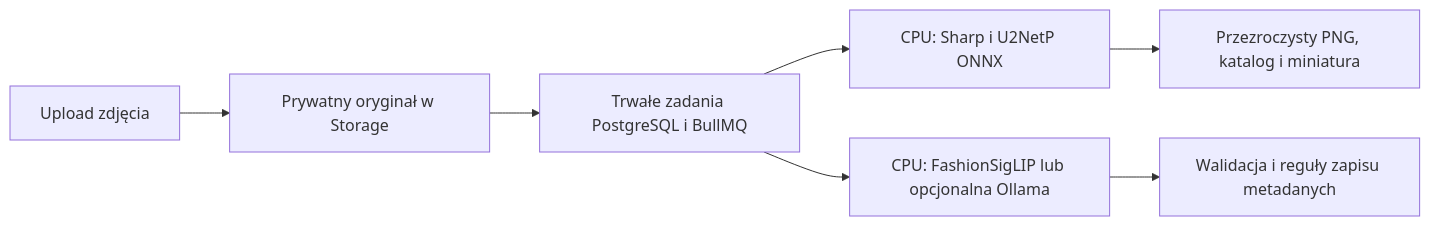
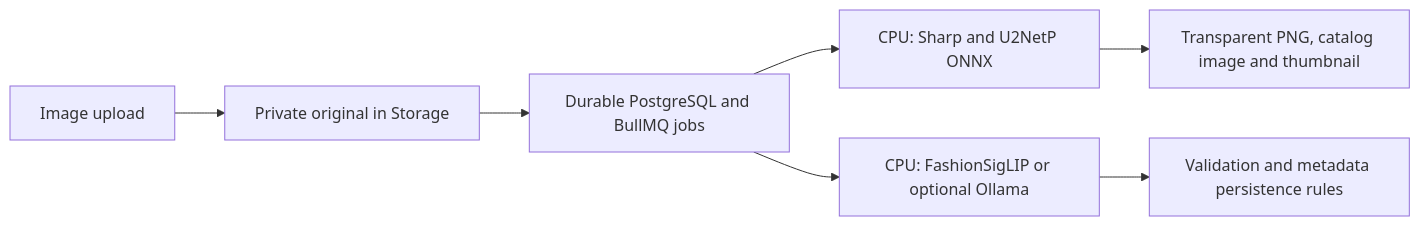
The first of 2 diagrams in README.md (adrianwojdat/adw-smart-wardrobe), drawn with Mermaid before and after one commit. The commit also changed other lines of this file and 28 other files, not shown here.

````diff
--- a/README.md
+++ b/README.md
@@ -162,9 +172,9 @@
 ```mermaid
 flowchart LR
-    U[Upload zdjęcia] --> O[Prywatny oryginał w Storage]
-    O --> J[Trwałe zadania PostgreSQL i BullMQ]
-    J --> P[CPU: Sharp i U2NetP ONNX]
-    P --> C[Przezroczysty PNG, katalog i miniatura]
-    J --> A[CPU: FashionSigLIP lub opcjonalna Ollama]
-    A --> M[Walidacja i reguły zapisu metadanych]
+    U[Image upload] --> O[Private original in Storage]
+    O --> J[Durable PostgreSQL and BullMQ jobs]
+    J --> P[CPU: Sharp and U2NetP ONNX]
+    P --> C[Transparent PNG, catalog image and thumbnail]
+    J --> A[CPU: FashionSigLIP or optional Ollama]
+    A --> M[Validation and metadata persistence rules]
 ```
````
